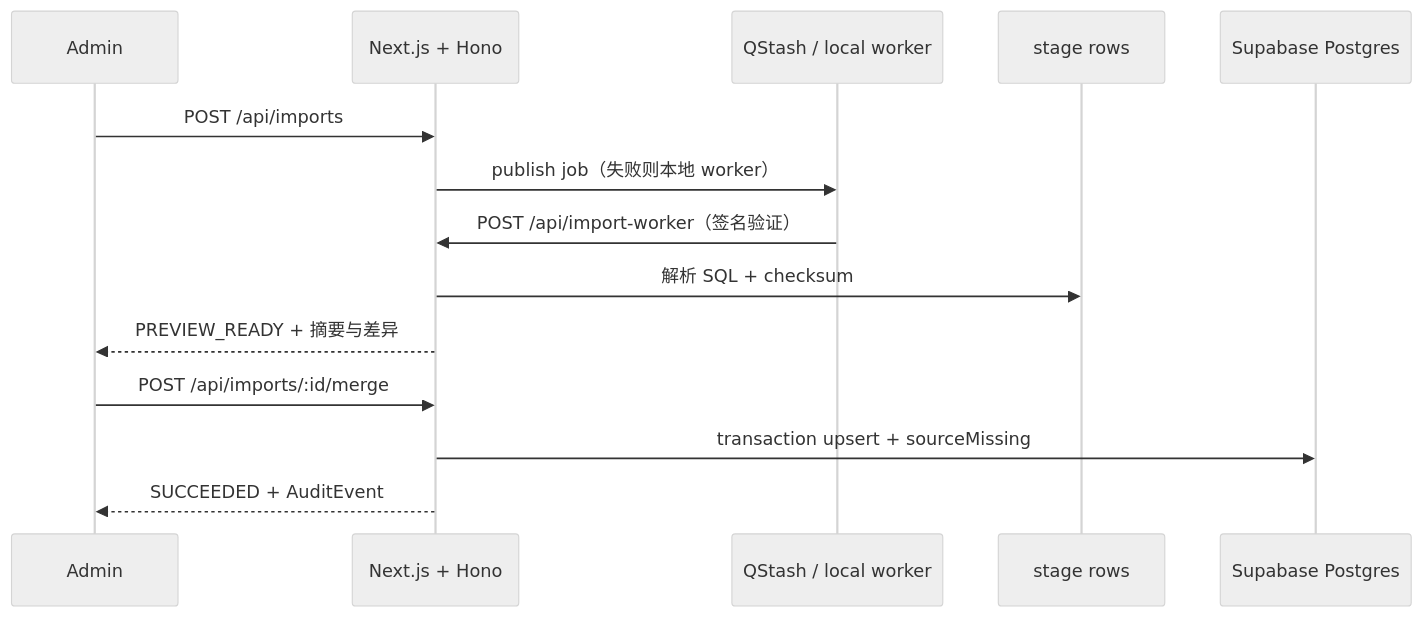
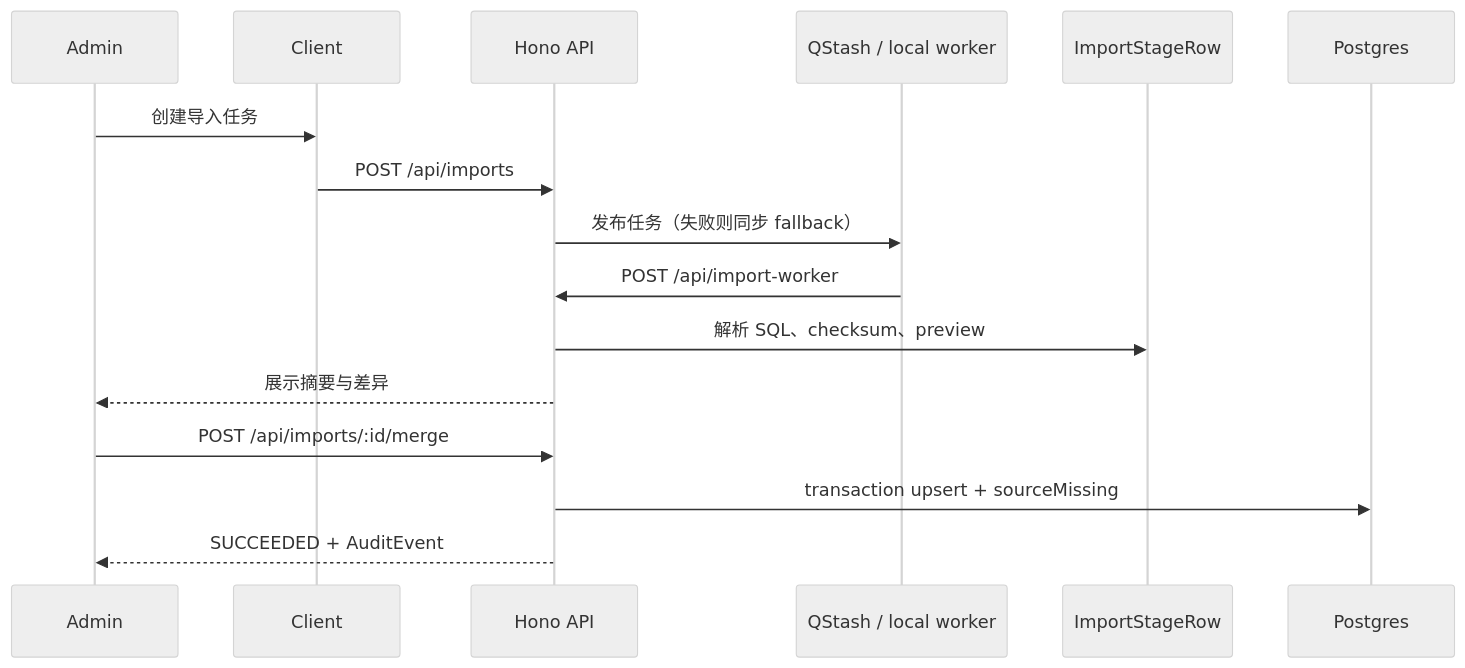
The diagram in README.md (BlackishGreen33/Argus), drawn with Mermaid (neutral theme) before and after one commit. The commit also changed other lines of this file and 10 other files, not shown here.

````diff
--- a/README.md
+++ b/README.md
@@ -220,16 +193,18 @@
 ```mermaid
 sequenceDiagram
-  participant A as Admin
-  participant W as Next.js + Hono
+  participant U as Admin
+  participant C as Client
+  participant H as Hono API
   participant Q as QStash / local worker
-  participant S as stage rows
-  participant DB as Supabase Postgres
-  A->>W: POST /api/imports
-  W->>Q: publish job（失败则本地 worker）
-  Q->>W: POST /api/import-worker（签名验证）
-  W->>S: 解析 SQL + checksum
-  W-->>A: PREVIEW_READY + 摘要与差异
-  A->>W: POST /api/imports/:id/merge
-  W->>DB: transaction upsert + sourceMissing
-  W-->>A: SUCCEEDED + AuditEvent
+  participant S as ImportStageRow
+  participant D as Postgres
+  U->>C: 创建导入任务
+  C->>H: POST /api/imports
+  H->>Q: 发布任务（失败则同步 fallback）
+  Q->>H: POST /api/import-worker
+  H->>S: 解析 SQL、checksum、preview
+  H-->>U: 展示摘要与差异
+  U->>H: POST /api/imports/:id/merge
+  H->>D: transaction upsert + sourceMissing
+  H-->>U: SUCCEEDED + AuditEvent
 ```
````
